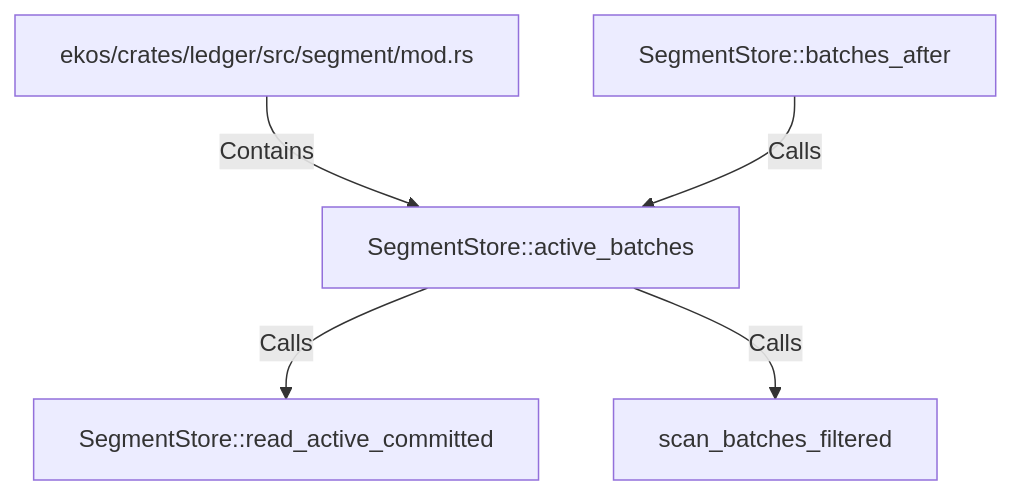
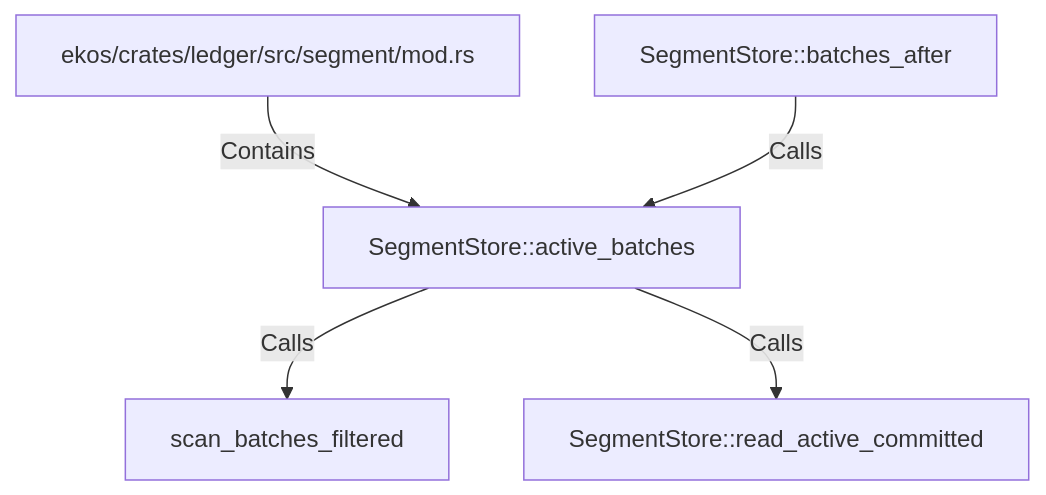
One commit to alexeyban/EKOS changed the diagram in doc/entities/rustsymbol/se/segmentstore-active-batches.md. Above: the diagram before and after it, drawn with Mermaid. The commit also changed other lines of this file and 552 other files, not shown here.

````diff
--- a/doc/entities/rustsymbol/se/segmentstore-active-batches.md
+++ b/doc/entities/rustsymbol/se/segmentstore-active-batches.md
@@ -23,12 +23,12 @@
 ```mermaid
 graph TD
     n4129d5a04d0d52d4a36eea91694c7f1f["SegmentStore::active_batches"]
     n80a64e0ab0ac51dfb3be128cddd1cc83["ekos/crates/ledger/src/segment/mod.rs"]
     n80a64e0ab0ac51dfb3be128cddd1cc83 -->|Contains| n4129d5a04d0d52d4a36eea91694c7f1f
     necc4c700b5375187a5a9ee023b1d6bf4["SegmentStore::batches_after"]
     necc4c700b5375187a5a9ee023b1d6bf4 -->|Calls| n4129d5a04d0d52d4a36eea91694c7f1f
+    ncefece1535d7567a889d48edf2ee6fe1["scan_batches_filtered"]
+    n4129d5a04d0d52d4a36eea91694c7f1f -->|Calls| ncefece1535d7567a889d48edf2ee6fe1
     n2119ef15fc0f57859e29d84e4f14ac23["SegmentStore::read_active_committed"]
     n4129d5a04d0d52d4a36eea91694c7f1f -->|Calls| n2119ef15fc0f57859e29d84e4f14ac23
-    ncefece1535d7567a889d48edf2ee6fe1["scan_batches_filtered"]
-    n4129d5a04d0d52d4a36eea91694c7f1f -->|Calls| ncefece1535d7567a889d48edf2ee6fe1
 ```
````
